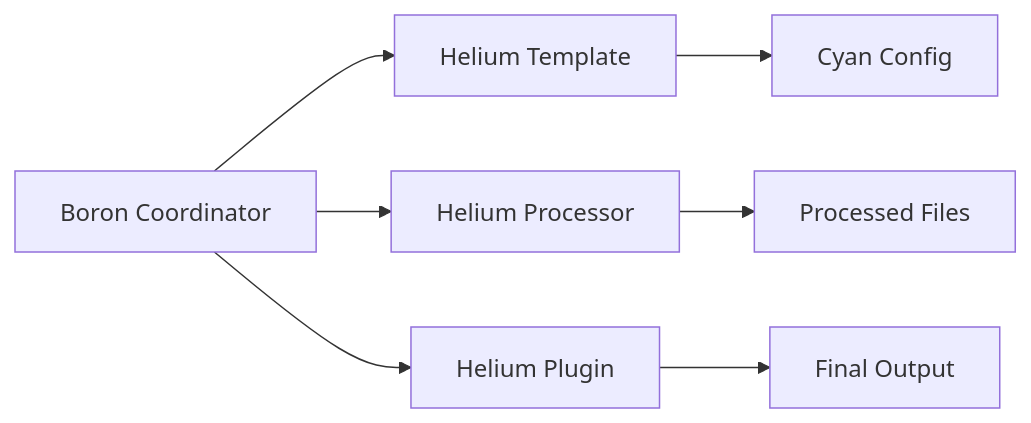
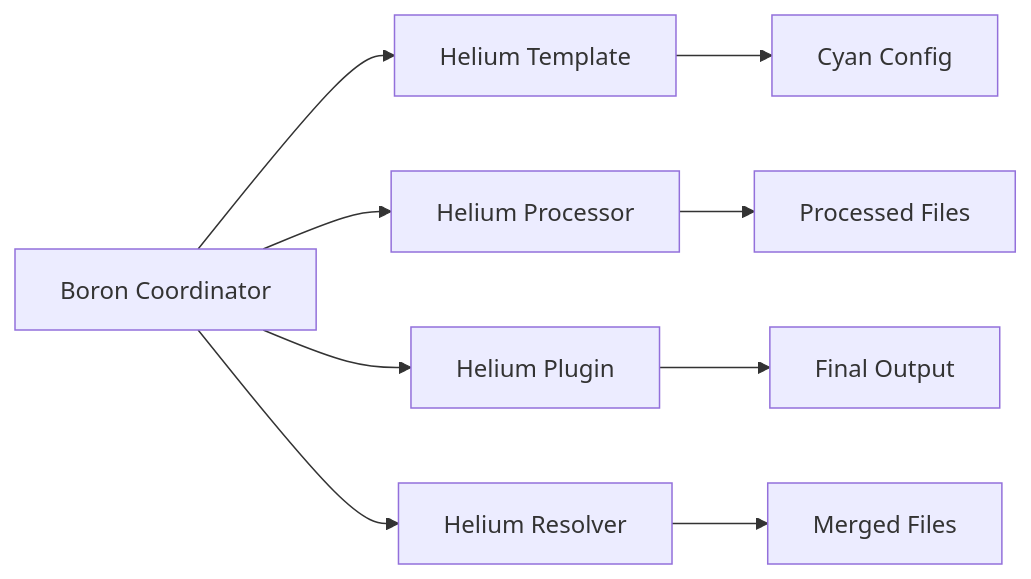
One commit to AtomiCloud/sulfone.helium changed the first of 2 diagrams in docs/developer/02-architecture.md. Above: the diagram before and after it, drawn with Mermaid. The commit also changed other lines of this file and 5 other files, not shown here.

````diff
--- a/docs/developer/02-architecture.md
+++ b/docs/developer/02-architecture.md
@@ -11,10 +11,12 @@
 ```mermaid
 flowchart LR
     A[Boron Coordinator] --> B[Helium Template]
     A --> C[Helium Processor]
     A --> D[Helium Plugin]
+    A --> E[Helium Resolver]
 
-    B --> E[Cyan Config]
-    C --> F[Processed Files]
-    D --> G[Final Output]
+    B --> F[Cyan Config]
+    C --> G[Processed Files]
+    D --> H[Final Output]
+    E --> I[Merged Files]
 ```
````
